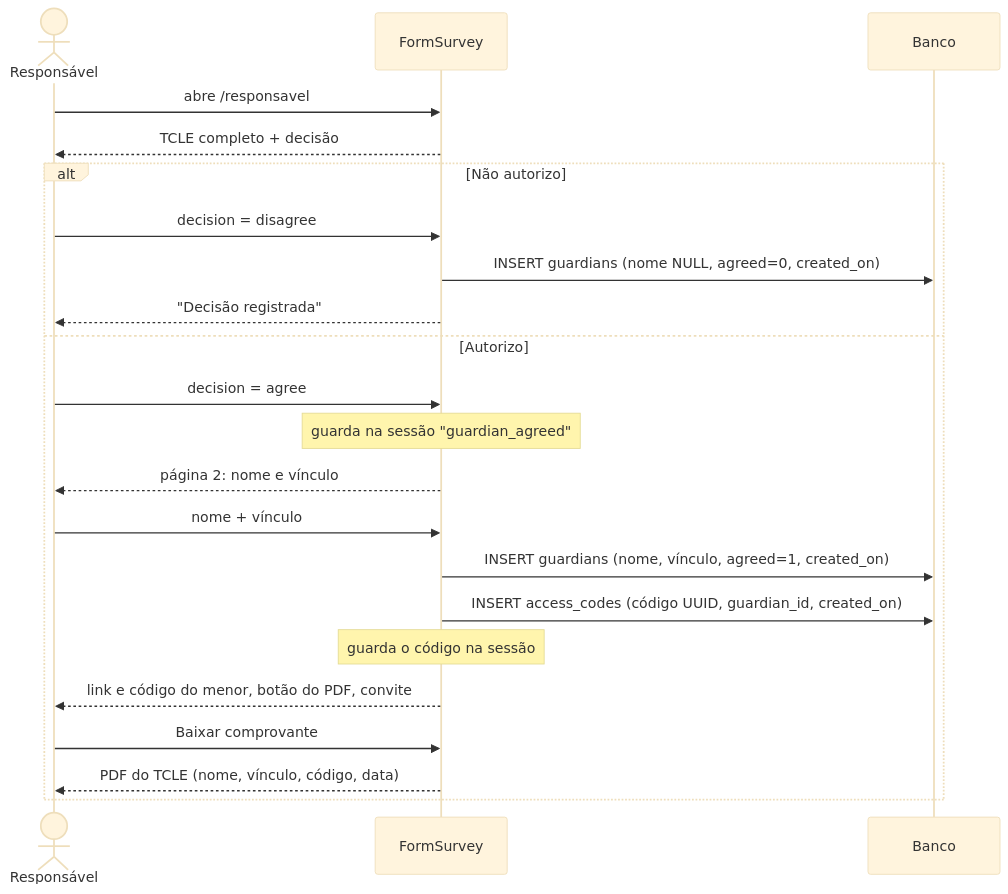
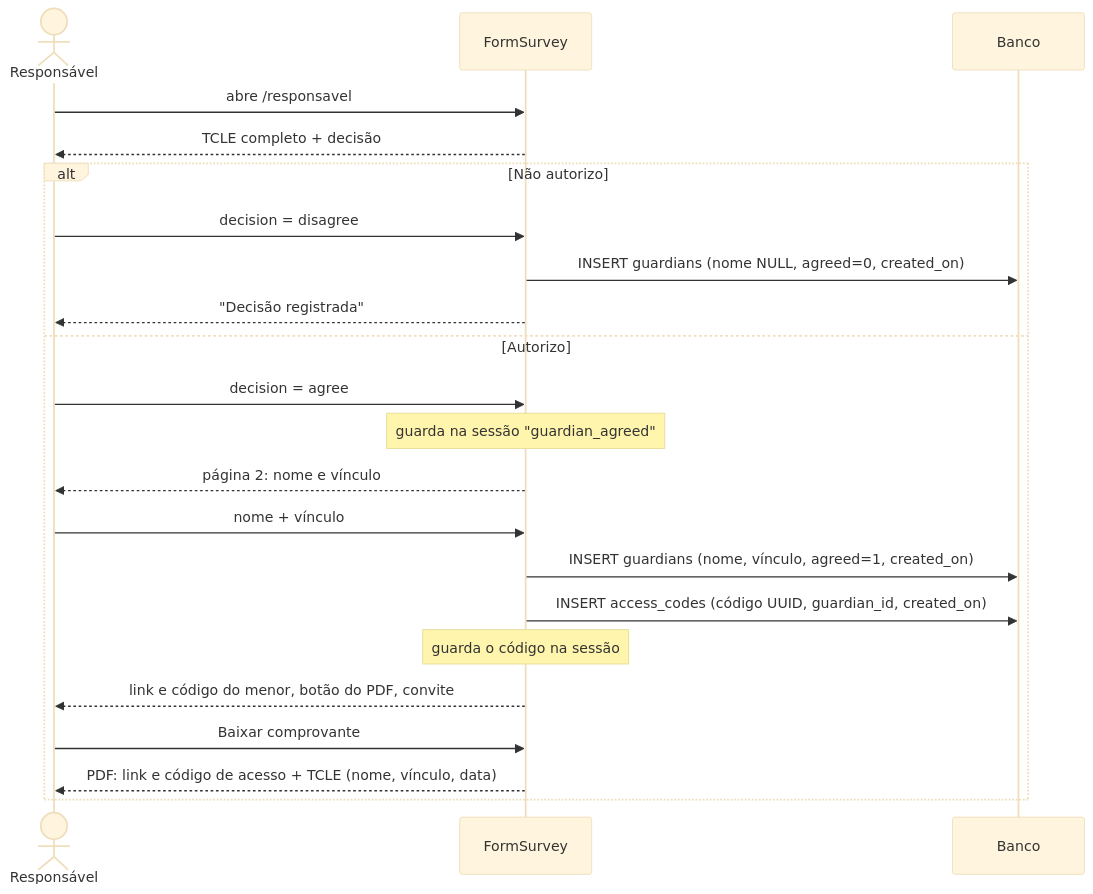
The third of 10 diagrams in README.md (wellfurtado/FormSurvey), drawn with Mermaid (base theme) before and after one commit. The commit also changed other lines of this file and 6 other files, not shown here.

First line of the commit message:
FormSurvey 0.9.1: código do menor expira no uso e vai no PDF

````diff
--- a/README.md
+++ b/README.md
@@ -199,24 +200,24 @@
 ```mermaid
 sequenceDiagram
     actor R as Responsável
     participant S as FormSurvey
     participant DB as Banco
     R->>S: abre /responsavel
     S-->>R: TCLE completo + decisão
     alt Não autorizo
         R->>S: decision = disagree
         S->>DB: INSERT guardians (nome NULL, agreed=0, created_on)
         S-->>R: "Decisão registrada"
     else Autorizo
         R->>S: decision = agree
         Note over S: guarda na sessão "guardian_agreed"
         S-->>R: página 2: nome e vínculo
         R->>S: nome + vínculo
         S->>DB: INSERT guardians (nome, vínculo, agreed=1, created_on)
         S->>DB: INSERT access_codes (código UUID, guardian_id, created_on)
         Note over S: guarda o código na sessão
         S-->>R: link e código do menor, botão do PDF, convite
         R->>S: Baixar comprovante
-        S-->>R: PDF do TCLE (nome, vínculo, código, data)
+        S-->>R: PDF: link e código de acesso + TCLE (nome, vínculo, data)
     end
 ```
````
